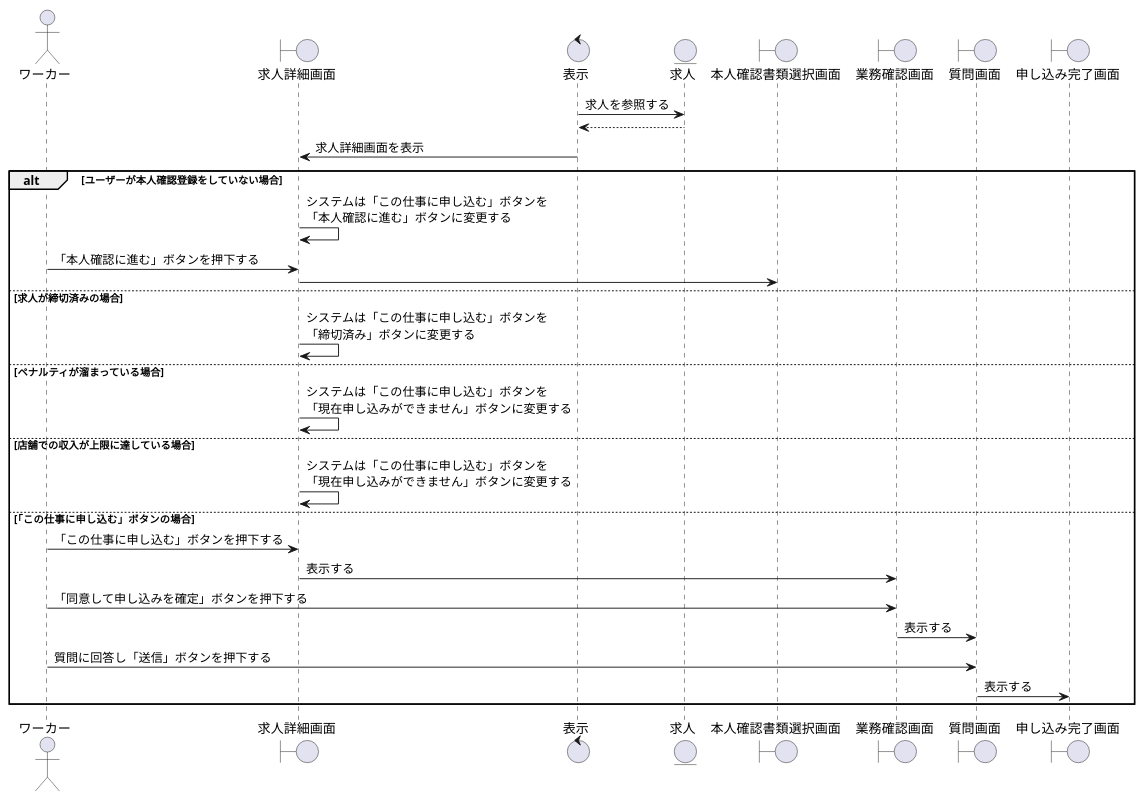
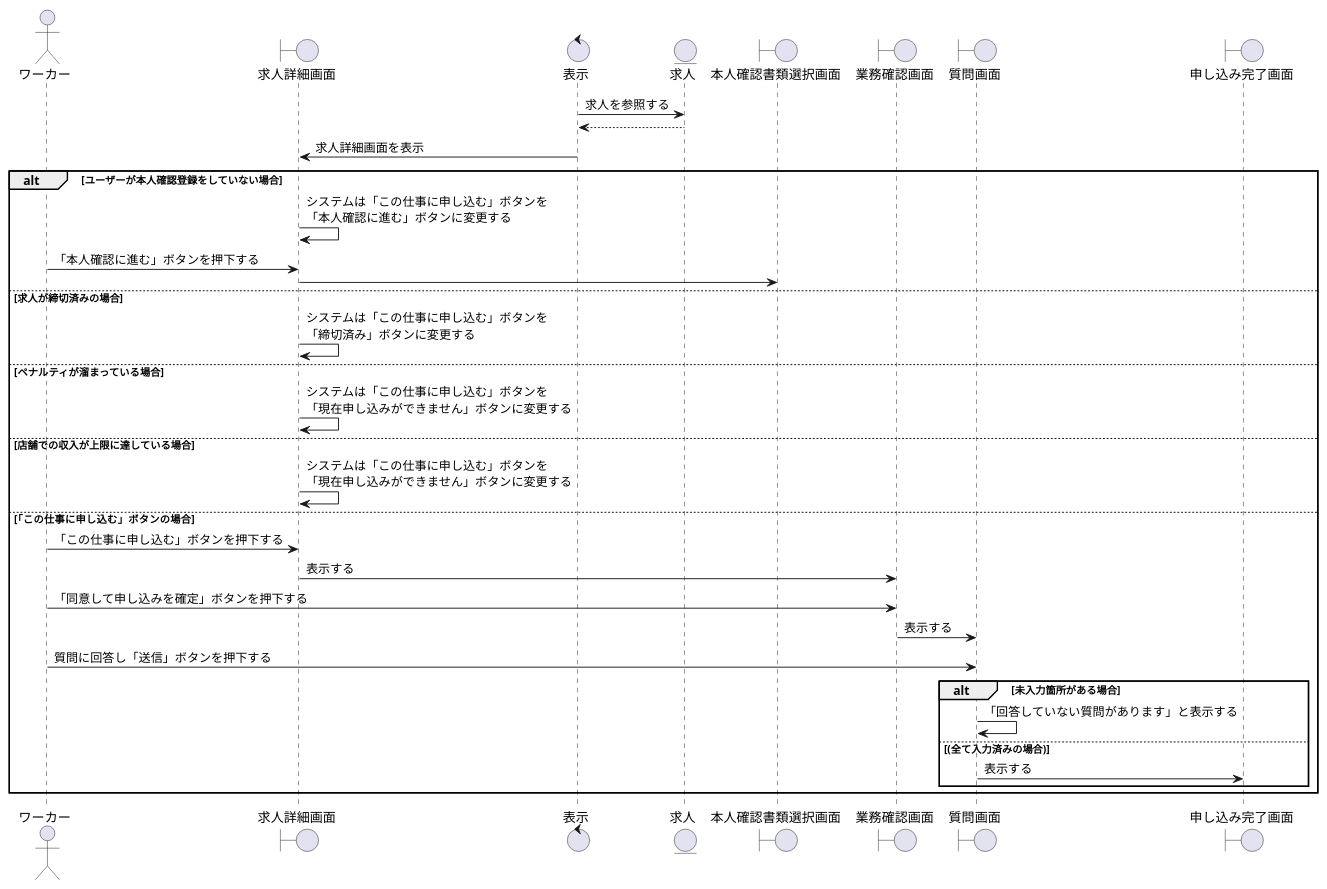
One commit to irukacb256/high_Me changed the diagram in sequence_fig/2_search_fn/10_応募の申し込みをする.pu. Above: the diagram before and after it, drawn with PlantUML. The commit also changed 2 other files, not shown here.

```diff
--- a/sequence_fig/2_search_fn/10_応募の申し込みをする.pu
+++ b/sequence_fig/2_search_fn/10_応募の申し込みをする.pu
@@ -1,43 +1,53 @@
 @startuml 応募の申し込みをする
 
 ' 1
 actor ワーカー as wo1
 boundary 求人詳細画面 as jd1
 control 表示 as co1
 entity 求人 as en1
 boundary 本人確認書類選択画面 as iv1
 boundary 業務確認画面 as bc1
 boundary 質問画面 as qu1
 boundary 申し込み完了画面 as ac1
 
 ' 2
 co1 -> en1 : 求人を参照する
 en1 --> co1 
 
 co1 -> jd1 : 求人詳細画面を表示
 
 alt ユーザーが本人確認登録をしていない場合
     jd1 -> jd1 : システムは「この仕事に申し込む」ボタンを\n「本人確認に進む」ボタンに変更する
     wo1 -> jd1 : 「本人確認に進む」ボタンを押下する
     jd1 -> iv1 : 
 
 else 求人が締切済みの場合
     jd1 -> jd1 : システムは「この仕事に申し込む」ボタンを\n「締切済み」ボタンに変更する
 
 else ペナルティが溜まっている場合
     jd1 -> jd1 : システムは「この仕事に申し込む」ボタンを\n「現在申し込みができません」ボタンに変更する
 
 else 店舗での収入が上限に達している場合
     jd1 -> jd1 : システムは「この仕事に申し込む」ボタンを\n「現在申し込みができません」ボタンに変更する
 
 else 「この仕事に申し込む」ボタンの場合
     wo1 -> jd1 : 「この仕事に申し込む」ボタンを押下する
     jd1 -> bc1 : 表示する
     wo1 -> bc1 : 「同意して申し込みを確定」ボタンを押下する
     bc1 -> qu1 : 表示する
     wo1 -> qu1 : 質問に回答し「送信」ボタンを押下する
-    qu1 -> ac1 : 表示する
+
+    ' ★★★★★ 修正点 ★★★★★
+    ' 代替フロー 6-1 (未入力) をここに追加
+    alt 未入力箇所がある場合
+        ' エラーメッセージを質問画面(qu1)にそのまま表示する
+        qu1 -> qu1 : 「回答していない質問があります」と表示する
+    else (全て入力済みの場合)
+        ' 基本フロー通り、完了画面(ac1)へ
+        qu1 -> ac1 : 表示する
+    end
+    ' ★★★★★ 修正ここまで ★★★★★
 
 end
 
 @enduml
```
